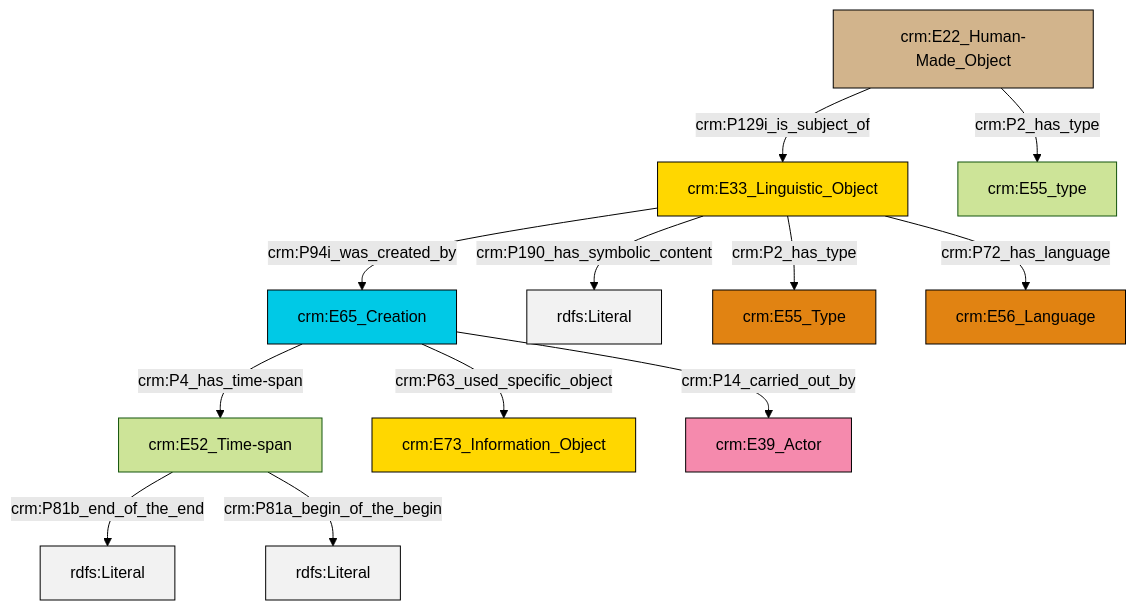
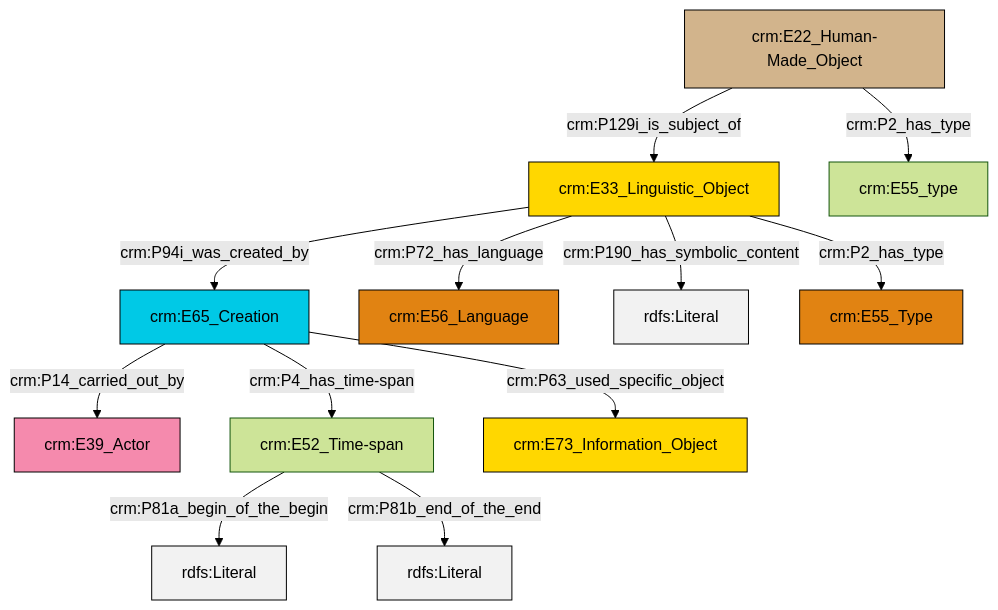
The diagram in et/artworkCSV/ttl/mmd/Artwork_Description.ttl.mmd (swiss-art-research-net/reference-data-models), drawn with Mermaid (forest theme) before and after one commit. The commit also changed 127 other files, not shown here.

```diff
--- a/et/artworkCSV/ttl/mmd/Artwork_Description.ttl.mmd
+++ b/et/artworkCSV/ttl/mmd/Artwork_Description.ttl.mmd
@@ -1,26 +1,26 @@
 graph TD
 classDef Literal fill:#f2f2f2,stroke:#000000;
 classDef CRM_Entity fill:#FFFFFF,stroke:#000000;
 classDef Temporal_Entity fill:#00C9E6, stroke:#000000;
 classDef Type fill:#E18312, stroke:#000000;
 classDef Time-Span fill:#2C9C91, stroke:#000000;
 classDef Appellation fill:#FFEB7F, stroke:#000000;
 classDef Place fill:#008836, stroke:#000000;
 classDef Persistent_Item fill:#B266B2, stroke:#000000;
 classDef Conceptual_Object fill:#FFD700, stroke:#000000;
 classDef Physical_Thing fill:#D2B48C, stroke:#000000;
 classDef Actor fill:#f58aad, stroke:#000000;
 classDef PC_Classes fill:#4ce600, stroke:#000000;
 classDef Multi fill:#cccccc,stroke:#000000;
 
-0["crm:E33_Linguistic_Object"]:::Conceptual_Object -->|crm:P94i_was_created_by| 1["crm:E65_Creation"]:::Temporal_Entity
-4["crm:E52_Time-span"]:::Default -->|crm:P81b_end_of_the_end| 5[rdfs:Literal]:::Literal
-0["crm:E33_Linguistic_Object"]:::Conceptual_Object -->|crm:P190_has_symbolic_content| 6[rdfs:Literal]:::Literal
-0["crm:E33_Linguistic_Object"]:::Conceptual_Object -->|crm:P2_has_type| 7["crm:E55_Type"]:::Type
-1["crm:E65_Creation"]:::Temporal_Entity -->|crm:P63_used_specific_object| 8["crm:E73_Information_Object"]:::Conceptual_Object
-4["crm:E52_Time-span"]:::Default -->|crm:P81a_begin_of_the_begin| 10[rdfs:Literal]:::Literal
-2["crm:E22_Human-Made_Object"]:::Physical_Thing -->|crm:P129i_is_subject_of| 0["crm:E33_Linguistic_Object"]:::Conceptual_Object
-1["crm:E65_Creation"]:::Temporal_Entity -->|crm:P4_has_time-span| 4["crm:E52_Time-span"]:::Default
-1["crm:E65_Creation"]:::Temporal_Entity -->|crm:P14_carried_out_by| 15["crm:E39_Actor"]:::Actor
-0["crm:E33_Linguistic_Object"]:::Conceptual_Object -->|crm:P72_has_language| 13["crm:E56_Language"]:::Type
-2["crm:E22_Human-Made_Object"]:::Physical_Thing -->|crm:P2_has_type| 17["crm:E55_type"]:::Default
+0["crm:E65_Creation"]:::Temporal_Entity -->|crm:P14_carried_out_by| 2["crm:E39_Actor"]:::Actor
+5["crm:E33_Linguistic_Object"]:::Conceptual_Object -->|crm:P94i_was_created_by| 0["crm:E65_Creation"]:::Temporal_Entity
+5["crm:E33_Linguistic_Object"]:::Conceptual_Object -->|crm:P190_has_symbolic_content| 9[rdfs:Literal]:::Literal
+11["crm:E52_Time-span"]:::Default -->|crm:P81a_begin_of_the_begin| 12[rdfs:Literal]:::Literal
+3["crm:E22_Human-Made_Object"]:::Physical_Thing -->|crm:P129i_is_subject_of| 5["crm:E33_Linguistic_Object"]:::Conceptual_Object
+0["crm:E65_Creation"]:::Temporal_Entity -->|crm:P63_used_specific_object| 16["crm:E73_Information_Object"]:::Conceptual_Object
+3["crm:E22_Human-Made_Object"]:::Physical_Thing -->|crm:P2_has_type| 14["crm:E55_type"]:::Default
+5["crm:E33_Linguistic_Object"]:::Conceptual_Object -->|crm:P72_has_language| 7["crm:E56_Language"]:::Type
+0["crm:E65_Creation"]:::Temporal_Entity -->|crm:P4_has_time-span| 11["crm:E52_Time-span"]:::Default
+5["crm:E33_Linguistic_Object"]:::Conceptual_Object -->|crm:P2_has_type| 18["crm:E55_Type"]:::Type
+11["crm:E52_Time-span"]:::Default -->|crm:P81b_end_of_the_end| 20[rdfs:Literal]:::Literal
```
